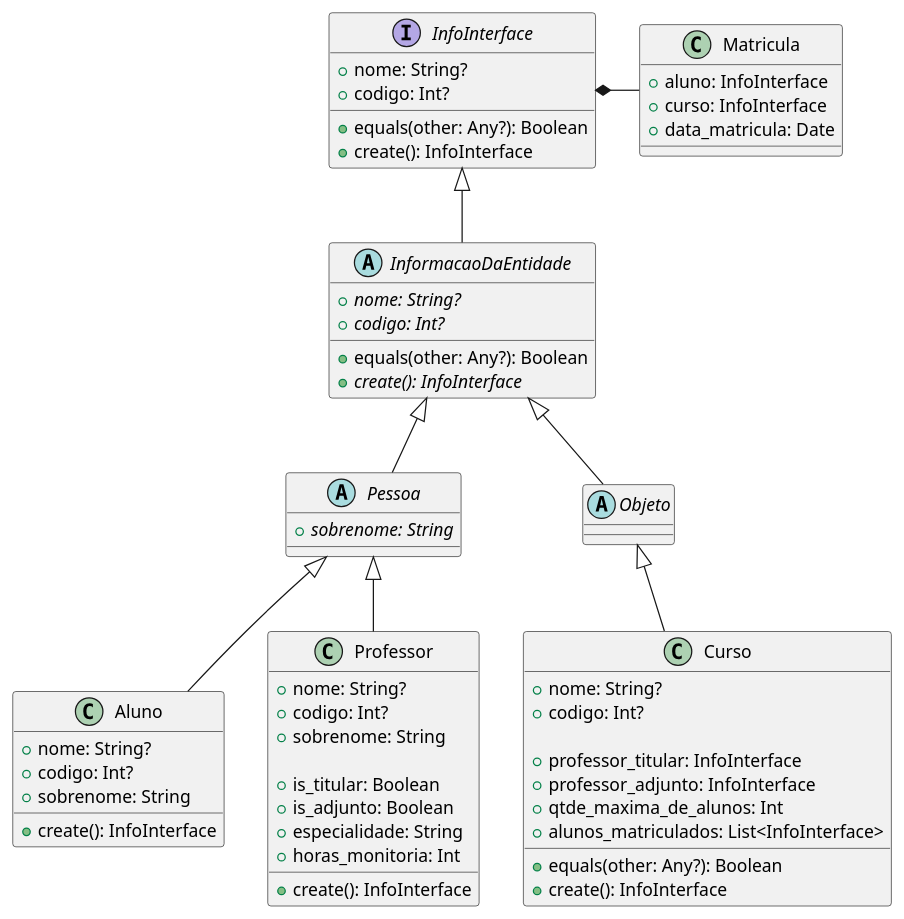
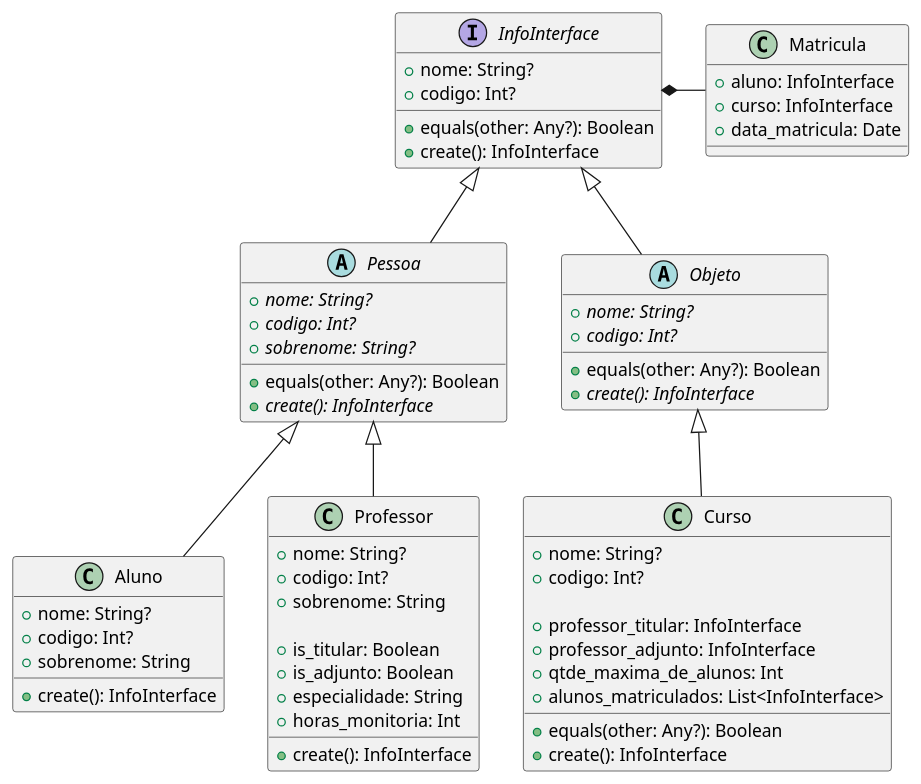
One commit to giovani-dev/Sistema-Escolar changed the diagram in docs/class.puml. Above: the diagram before and after it, drawn with PlantUML.

Commit message:
Delete: InformacaoDaEntidade

```diff
--- a/docs/class.puml
+++ b/docs/class.puml
@@ -1,75 +1,77 @@
 @startuml
 
 interface InfoInterface {
     + nome: String?
     + codigo: Int?
 
     + equals(other: Any?): Boolean
     + create(): InfoInterface
 }
 
-abstract InformacaoDaEntidade {
+abstract Pessoa {
     + {abstract} nome: String?
     + {abstract} codigo: Int?
+    + {abstract} sobrenome: String?
 
     + equals(other: Any?): Boolean
     + {abstract} create(): InfoInterface
-}
-InfoInterface <|-- InformacaoDaEntidade
-
-abstract Pessoa {
-    + {abstract} sobrenome: String
 }
 
 class Aluno {
     + nome: String?
     + codigo: Int?
     + sobrenome: String
     + create(): InfoInterface
 }
 
-InformacaoDaEntidade <|-- Pessoa
+InfoInterface <|-- Pessoa
 Pessoa <|-- Aluno
 
-abstract Objeto
+abstract Objeto {
+    + {abstract} nome: String?
+    + {abstract} codigo: Int?
+
+    + equals(other: Any?): Boolean
+    + {abstract} create(): InfoInterface
+}
 
 class Curso {
     + nome: String?
     + codigo: Int?
 
     + professor_titular: InfoInterface
     + professor_adjunto: InfoInterface
     + qtde_maxima_de_alunos: Int
     + alunos_matriculados: List<InfoInterface>
 
     + equals(other: Any?): Boolean
     + create(): InfoInterface
 }
 
-InformacaoDaEntidade <|-- Objeto
+InfoInterface <|-- Objeto
 Objeto <|-- Curso
 
 class Professor {
     + nome: String?
     + codigo: Int?
     + sobrenome: String
 
     + is_titular: Boolean
     + is_adjunto: Boolean
     + especialidade: String
     + horas_monitoria: Int
 
     + create(): InfoInterface
 }
 
 Pessoa <|-- Professor
 
 class Matricula {
     + aluno: InfoInterface
     + curso: InfoInterface
     + data_matricula: Date
 }
 
 InfoInterface *- Matricula
 
 @enduml
```
